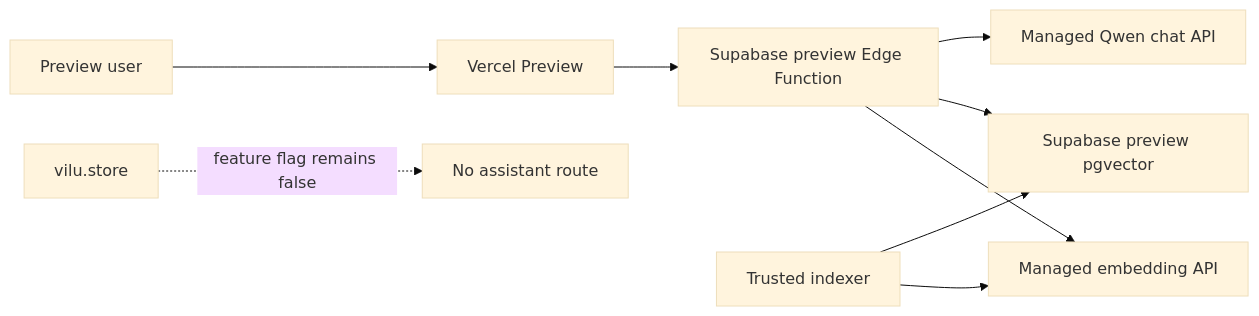
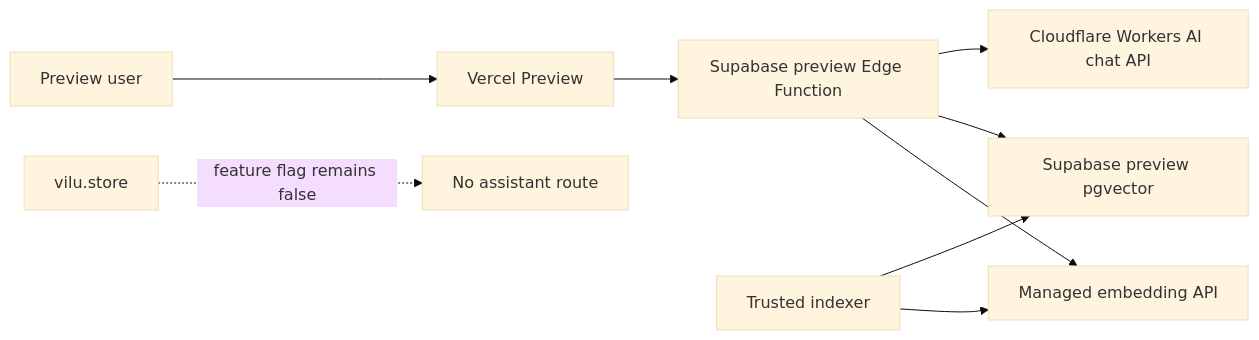
One commit to nikv98402-commits/optica-shop changed the diagram in docs/specs/knowledge-assistant-preview-rollout.md. Above: the diagram before and after it, drawn with Mermaid (base theme). The commit also changed other lines of this file and 1 other file, not shown here.

````diff
--- a/docs/specs/knowledge-assistant-preview-rollout.md
+++ b/docs/specs/knowledge-assistant-preview-rollout.md
@@ -30,11 +31,11 @@
 ```mermaid
 flowchart LR
   U["Preview user"] --> V["Vercel Preview"]
   V --> F["Supabase preview Edge Function"]
   F --> E["Managed embedding API"]
   F --> D["Supabase preview pgvector"]
-  F --> Q["Managed Qwen chat API"]
+  F --> Q["Cloudflare Workers AI chat API"]
   I["Trusted indexer"] --> E
   I --> D
   P["vilu.store"] -. "feature flag remains false" .-> X["No assistant route"]
 ```
````
